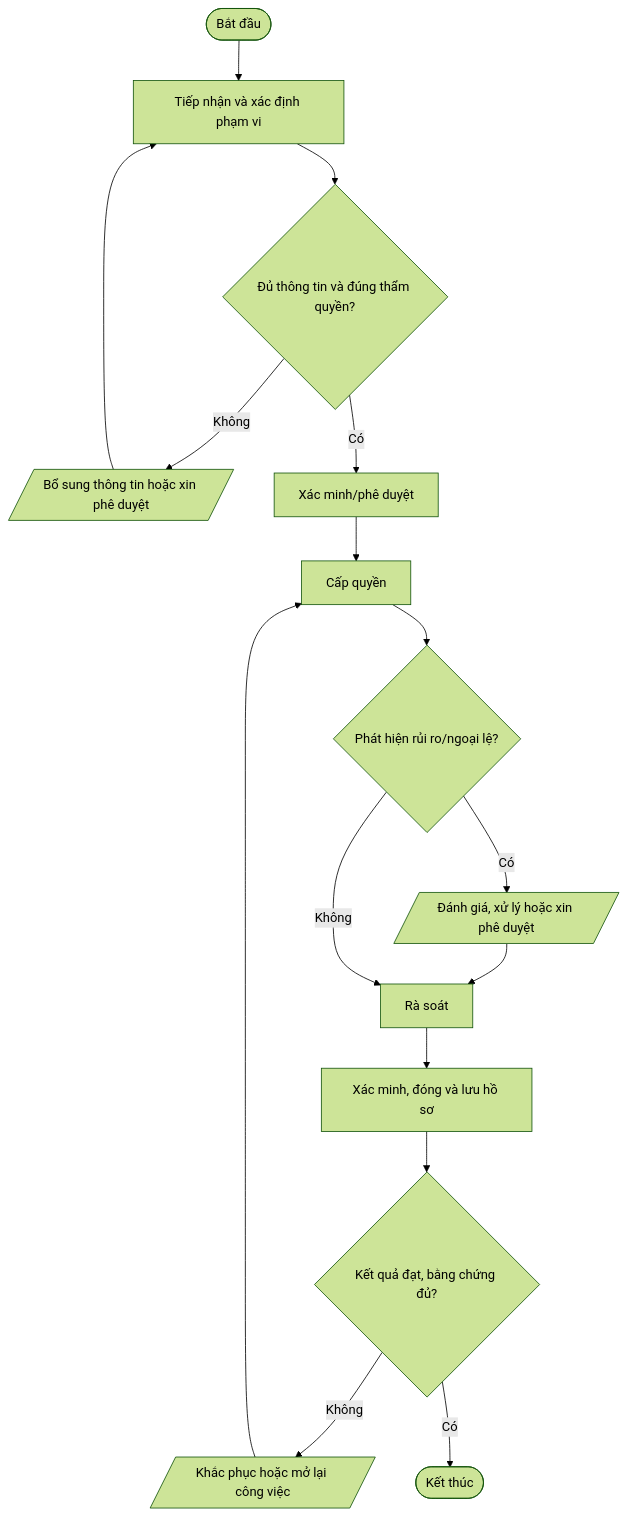
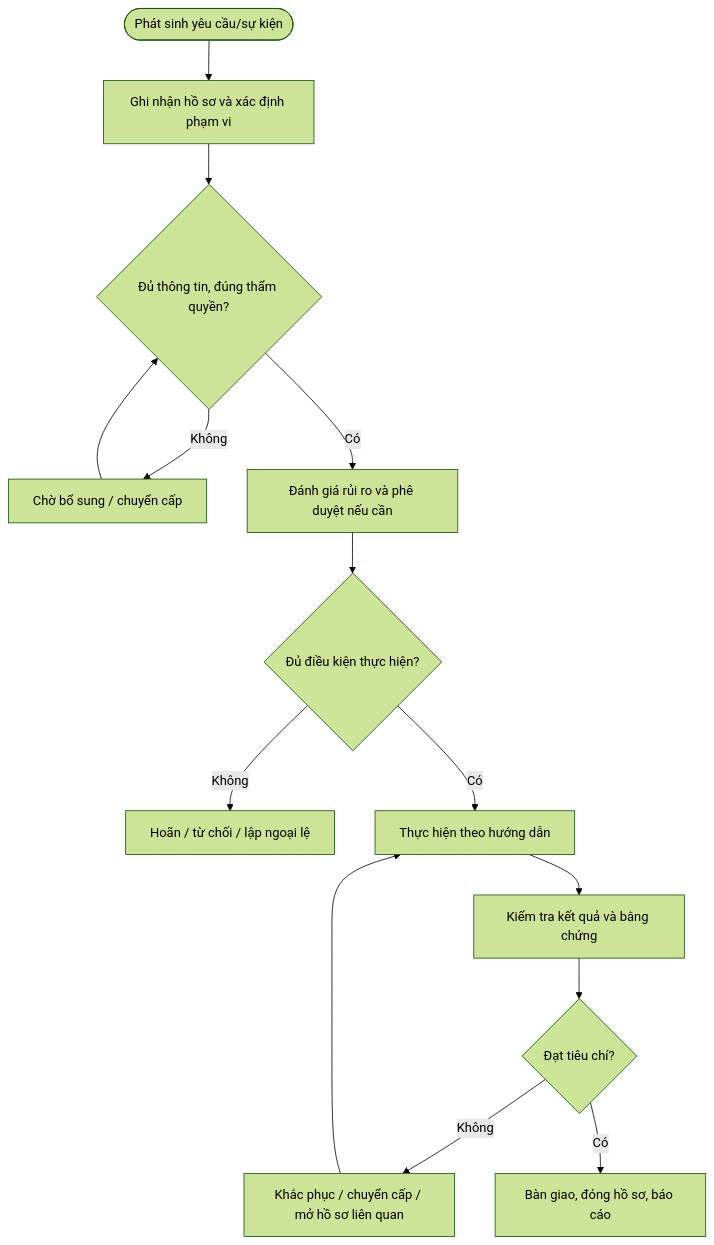
Before and after one commit to daoaigiangnam/Quy_Trinh_Chuan: the diagram in quy-trinh/chi-tiet/QT-IT-11.md, drawn with Mermaid (forest theme). The commit also changed other lines of this file, not shown here.

````diff
--- a/quy-trinh/chi-tiet/QT-IT-11.md
+++ b/quy-trinh/chi-tiet/QT-IT-11.md
@@ -31,18 +132,16 @@
 ```mermaid
 flowchart TD
-  A([Bắt đầu]) --> S1["Tiếp nhận và xác định phạm vi"]
-  S1 --> D1{"Đủ thông tin và đúng thẩm quyền?"}
-  D1 -- Không --> F1[/"Bổ sung thông tin hoặc xin phê duyệt"/]
-  F1 --> S1
-  D1 -- Có --> S2["Xác minh/phê duyệt"]
-  S2 --> S3["Cấp quyền"]
-  S3 --> D2{"Phát hiện rủi ro/ngoại lệ?"}
-  D2 -- Có --> RISK[/"Đánh giá, xử lý hoặc xin phê duyệt"/]
-  RISK --> S4["Rà soát"]
-  D2 -- Không --> S4
-  S4 --> S5["Xác minh, đóng và lưu hồ sơ"]
-  S5 --> D3{"Kết quả đạt, bằng chứng đủ?"}
-  D3 -- Không --> R[/"Khắc phục hoặc mở lại công việc"/]
-  R --> S3
-  D3 -- Có --> Z([Kết thúc])
+ A([Phát sinh yêu cầu/sự kiện]) --> B[Ghi nhận hồ sơ và xác định phạm vi]
+ B --> C{Đủ thông tin, đúng thẩm quyền?}
+ C -- Không --> D[Chờ bổ sung / chuyển cấp]
+ D --> C
+ C -- Có --> E[Đánh giá rủi ro và phê duyệt nếu cần]
+ E --> F{Đủ điều kiện thực hiện?}
+ F -- Không --> G[Hoãn / từ chối / lập ngoại lệ]
+ F -- Có --> H[Thực hiện theo hướng dẫn]
+ H --> I[Kiểm tra kết quả và bằng chứng]
+ I --> J{Đạt tiêu chí?}
+ J -- Không --> K[Khắc phục / chuyển cấp / mở hồ sơ liên quan]
+ K --> H
+ J -- Có --> L[Bàn giao, đóng hồ sơ, báo cáo]
 ```
````
